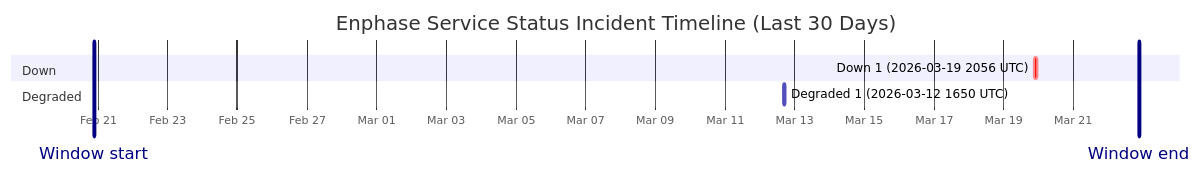
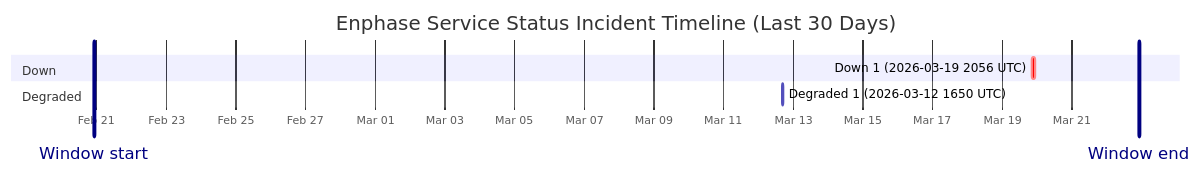
One commit to barneyonline/ha-enphase-ev-charger changed the diagram in wiki/Service-Status-History.md. Above: the diagram before and after it, drawn with Mermaid. The commit also changed other lines of this file and 3 other files, not shown here.

````diff
--- a/wiki/Service-Status-History.md
+++ b/wiki/Service-Status-History.md
@@ -14,12 +14,12 @@
 ```mermaid
 gantt
     title Enphase Service Status Incident Timeline (Last 30 Days)
     dateFormat  YYYY-MM-DDTHH:mm:ss
     axisFormat  %b %d
-    Window start :vert, window-start, 2026-02-20T21:17:40, 0ms
-    Window end :vert, window-end, 2026-03-22T21:17:40, 0ms
+    Window start :vert, window-start, 2026-02-20T22:16:11, 0ms
+    Window end :vert, window-end, 2026-03-22T22:16:11, 0ms
     section Down
     Down 1 (2026-03-19 2056 UTC) :crit, down-1, 2026-03-19T20:56:20, 145m
     section Degraded
     Degraded 1 (2026-03-12 1650 UTC) :active, degraded-1, 2026-03-12T16:50:43, 60m
 ```
````
